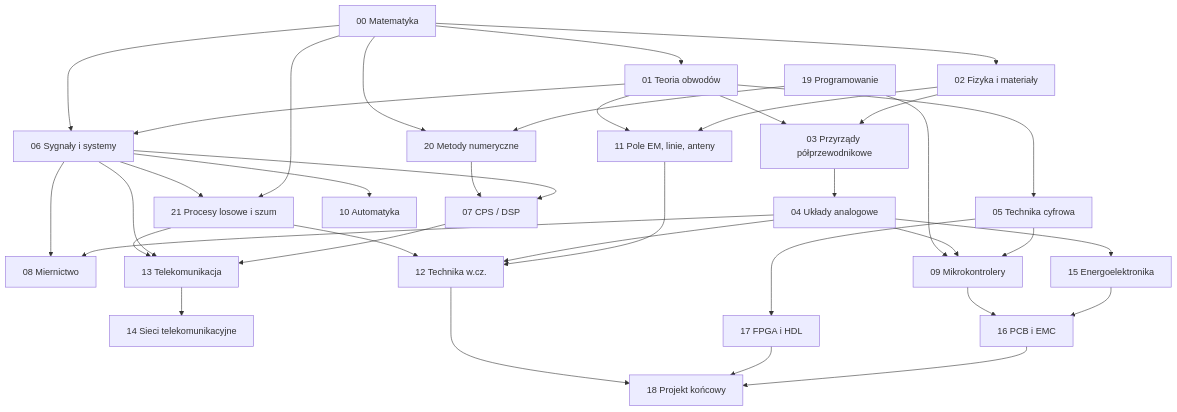
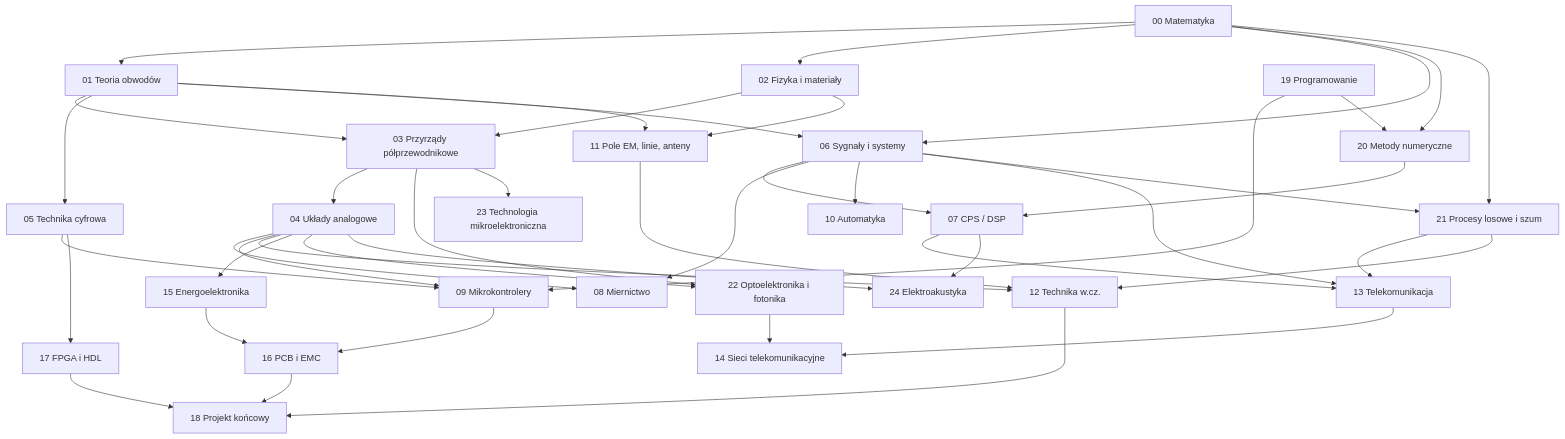
Before and after one commit to kanthakdominik/EiT: the diagram in ROADMAP.md, drawn with Mermaid. The commit also changed other lines of this file and 30 other files, not shown here.

First line of the commit message:
Dodaj moduły 22–24: optoelektronika i fotonika, technologia mikroelektroniczna, elektroakustyka

````diff
--- a/ROADMAP.md
+++ b/ROADMAP.md
@@ -5,39 +5,45 @@
 ```mermaid
 graph TD
     M00[00 Matematyka] --> M01[01 Teoria obwodów]
     M00 --> M02[02 Fizyka i materiały]
     M02 --> M03[03 Przyrządy półprzewodnikowe]
     M01 --> M03
     M03 --> M04[04 Układy analogowe]
     M01 --> M05[05 Technika cyfrowa]
     M01 --> M06[06 Sygnały i systemy]
     M00 --> M06
     M06 --> M07[07 CPS / DSP]
     M04 --> M08[08 Miernictwo]
     M06 --> M08
     M05 --> M09[09 Mikrokontrolery]
     M04 --> M09
     M06 --> M10[10 Automatyka]
     M02 --> M11[11 Pole EM, linie, anteny]
     M01 --> M11
     M11 --> M12[12 Technika w.cz.]
     M04 --> M12
     M07 --> M13[13 Telekomunikacja]
     M06 --> M13
     M13 --> M14[14 Sieci telekomunikacyjne]
     M04 --> M15[15 Energoelektronika]
     M15 --> M16[16 PCB i EMC]
     M09 --> M16
     M05 --> M17[17 FPGA i HDL]
     M16 --> M18[18 Projekt końcowy]
     M17 --> M18
     M12 --> M18
     M19[19 Programowanie] --> M09
     M19 --> M20[20 Metody numeryczne]
     M00 --> M20
     M20 --> M07
     M00 --> M21[21 Procesy losowe i szum]
     M06 --> M21
     M21 --> M13
     M21 --> M12
+    M03 --> M22[22 Optoelektronika i fotonika]
+    M04 --> M22
+    M22 --> M14
+    M03 --> M23[23 Technologia mikroelektroniczna]
+    M04 --> M24[24 Elektroakustyka]
+    M07 --> M24
 ```
````
